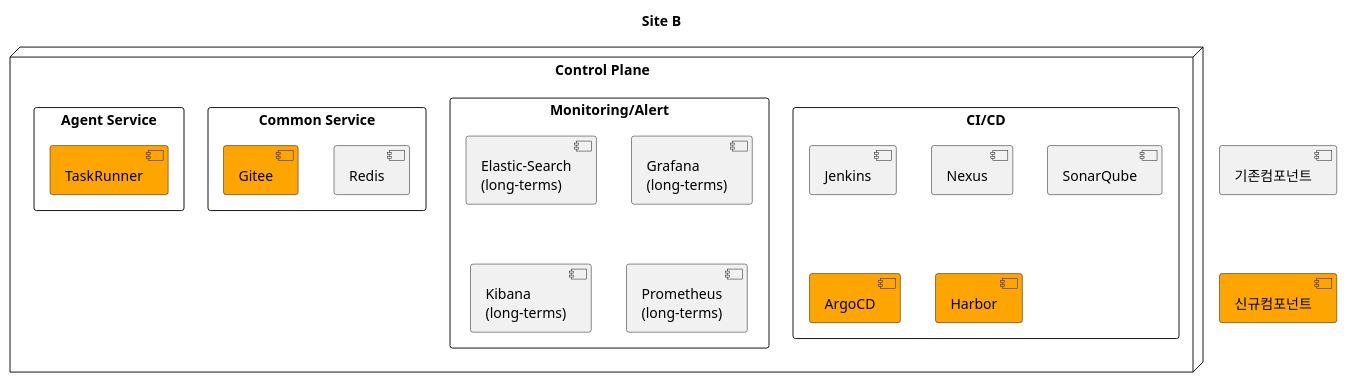
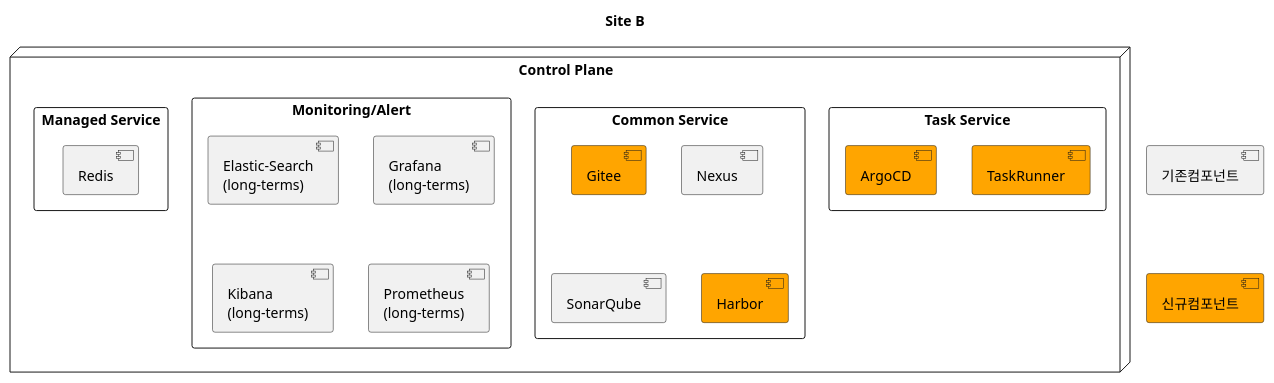
One commit to kloudbank/htdp1.github.io changed the second of 8 diagrams in docs/src/multi-cloud/diagram.md. Above: the diagram before and after it, drawn with PlantUML. The commit also changed other lines of this file, not shown here.

```diff
--- a/docs/src/multi-cloud/diagram.md
+++ b/docs/src/multi-cloud/diagram.md
@@ -40,32 +40,31 @@
 @startuml
 
 title "Site B"
 
 [기존컴포넌트] as old
 [신규컴포넌트] as new #orange
 old -[hidden]d-> new
 
 node "Control Plane" as bcp {
-    rectangle "CI/CD" as bcp_cicd {
-        [Jenkins] as bcp_cicd_jenkins
-        [Nexus] as bcp_cicd_nexus
-        [SonarQube] as bcp_cicd_sonarqube
-        [ArgoCD] as bcp_cicd_argocd #orange
-        [Harbor] as bcp_cicd_harbor #orange
+    rectangle "Task Service" as bcp_cicd {
+        [TaskRunner] as bcp_taskruuner #orange
+        [ArgoCD] as bcp_argocd #orange
+    }
+    rectangle "Common Service" as bcp_common {
+        [Gitee] as bcp_mananged_gitee #orange
+        [Nexus] as nexus
+        [SonarQube] as sonarqube
+        [Harbor] as harbor #orange
     }
     rectangle "Monitoring/Alert" as bcp_mon {
         [Elastic-Search\n(long-terms)] as bcp_mon_elk
         [Grafana\n(long-terms)] as bcp_mon_grafana
         [Kibana\n(long-terms)] as bcp_mon_kibana
         [Prometheus\n(long-terms)] as bcp_mon_prometheus
     }
-    rectangle "Common Service" as bcp_comm {
+    rectangle "Managed Service" as bcp_managed {
         [Redis] as bcp_mananged_redis
-        [Gitee] as bcp_mananged_gitee #orange
-    }
-    rectangle "Agent Service" as bcp_agent {
-        [TaskRunner] as bcp_comm_taskruuner #orange
     }
 }
 
 @enduml
```
